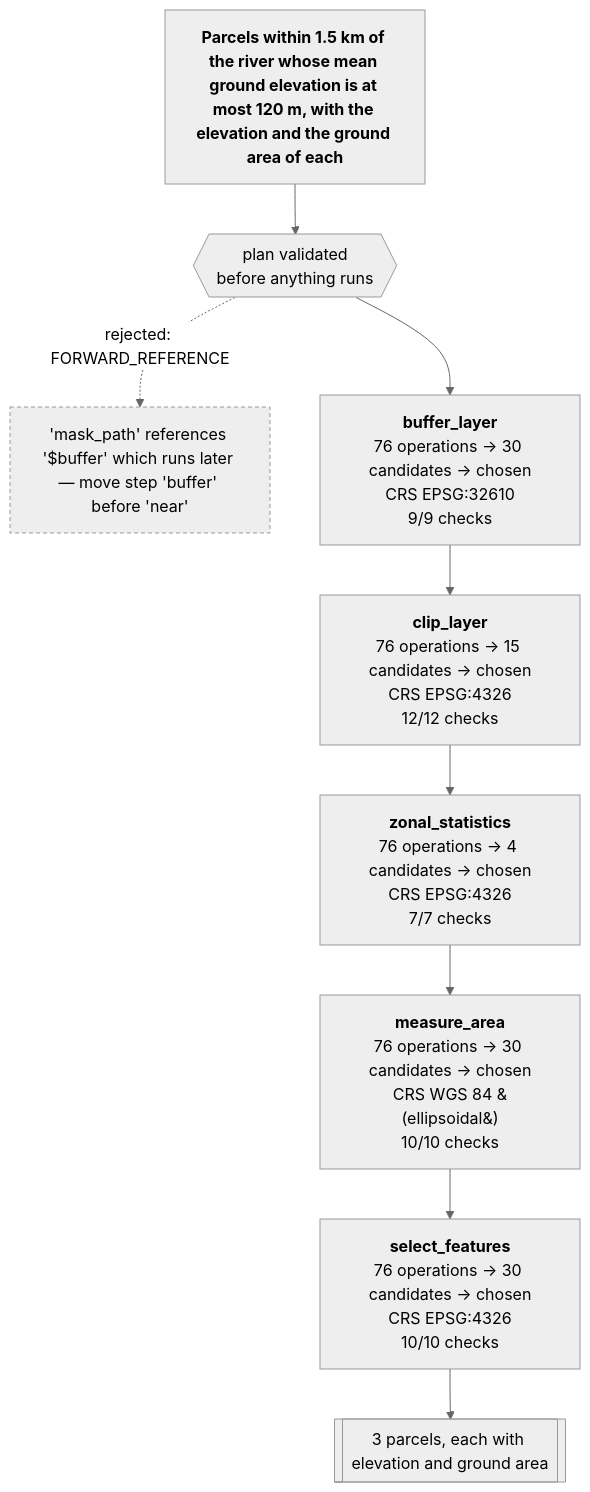
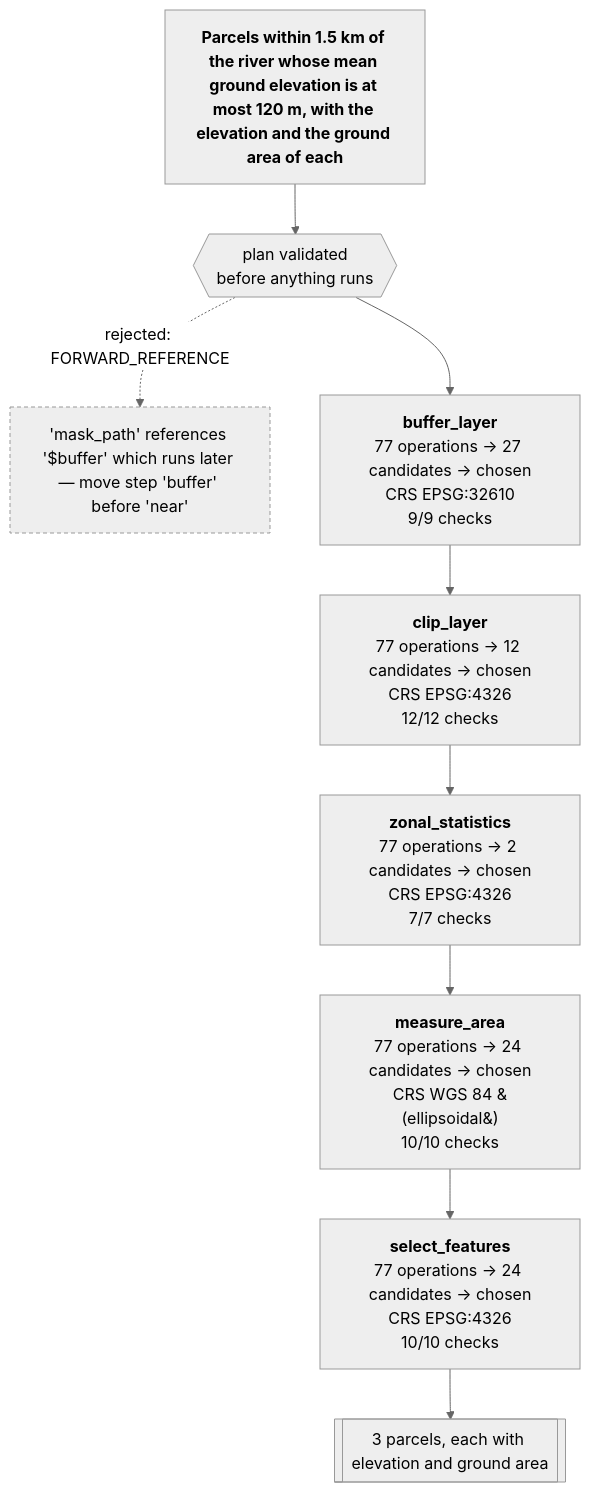
Before and after one commit to mapsmith-ai/MapSmith: the diagram in README.md, drawn with Mermaid (neutral theme). The commit also changed other lines of this file and 24 other files, not shown here.

````diff
--- a/README.md
+++ b/README.md
@@ -89,20 +89,20 @@
 ```mermaid
 flowchart TB
   ASK["<b>Parcels within 1.5 km of the river whose mean ground elevation is at most 120 m, with the elevation and the ground area of each</b>"]
   ASK --> PLAN{{"plan validated<br/>before anything runs"}}
   PLAN -. "rejected: FORWARD_REFERENCE" .-> BAD["'mask_path' references '$buffer' which runs later — move step 'buffer' before 'near'"]
   BAD:::bad
-  BUFFER["<b>buffer_layer</b><br/>76 operations &rarr; 30 candidates &rarr; chosen<br/>CRS EPSG:32610<br/>9/9 checks"]
+  BUFFER["<b>buffer_layer</b><br/>77 operations &rarr; 27 candidates &rarr; chosen<br/>CRS EPSG:32610<br/>9/9 checks"]
   PLAN --> BUFFER
-  NEAR["<b>clip_layer</b><br/>76 operations &rarr; 15 candidates &rarr; chosen<br/>CRS EPSG:4326<br/>12/12 checks"]
+  NEAR["<b>clip_layer</b><br/>77 operations &rarr; 12 candidates &rarr; chosen<br/>CRS EPSG:4326<br/>12/12 checks"]
   BUFFER --> NEAR
-  HEIGHT["<b>zonal_statistics</b><br/>76 operations &rarr; 4 candidates &rarr; chosen<br/>CRS EPSG:4326<br/>7/7 checks"]
+  HEIGHT["<b>zonal_statistics</b><br/>77 operations &rarr; 2 candidates &rarr; chosen<br/>CRS EPSG:4326<br/>7/7 checks"]
   NEAR --> HEIGHT
-  AREA["<b>measure_area</b><br/>76 operations &rarr; 30 candidates &rarr; chosen<br/>CRS WGS 84 &#40;ellipsoidal&#41;<br/>10/10 checks"]
+  AREA["<b>measure_area</b><br/>77 operations &rarr; 24 candidates &rarr; chosen<br/>CRS WGS 84 &#40;ellipsoidal&#41;<br/>10/10 checks"]
   HEIGHT --> AREA
-  FILTER["<b>select_features</b><br/>76 operations &rarr; 30 candidates &rarr; chosen<br/>CRS EPSG:4326<br/>10/10 checks"]
+  FILTER["<b>select_features</b><br/>77 operations &rarr; 24 candidates &rarr; chosen<br/>CRS EPSG:4326<br/>10/10 checks"]
   AREA --> FILTER
   OUT[["3 parcels, each with elevation and ground area"]]
   FILTER --> OUT
   classDef bad stroke-dasharray: 4 3
 ```
````
